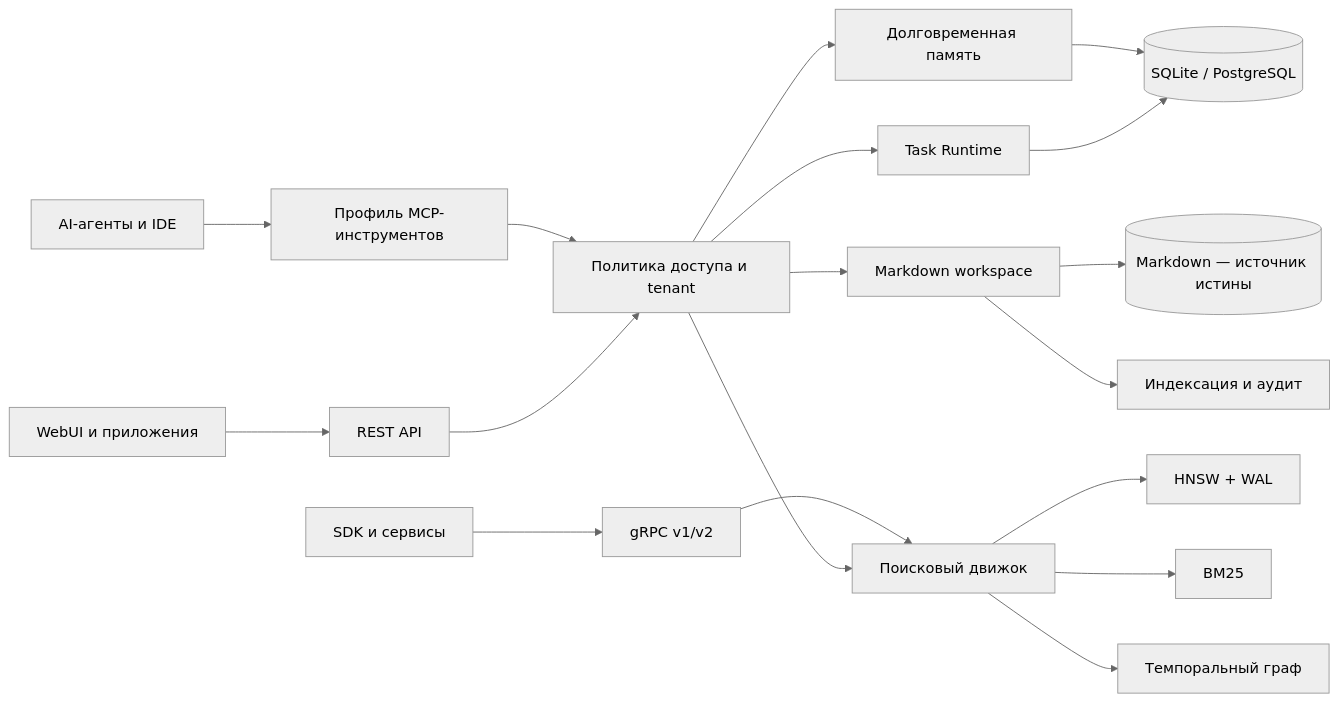
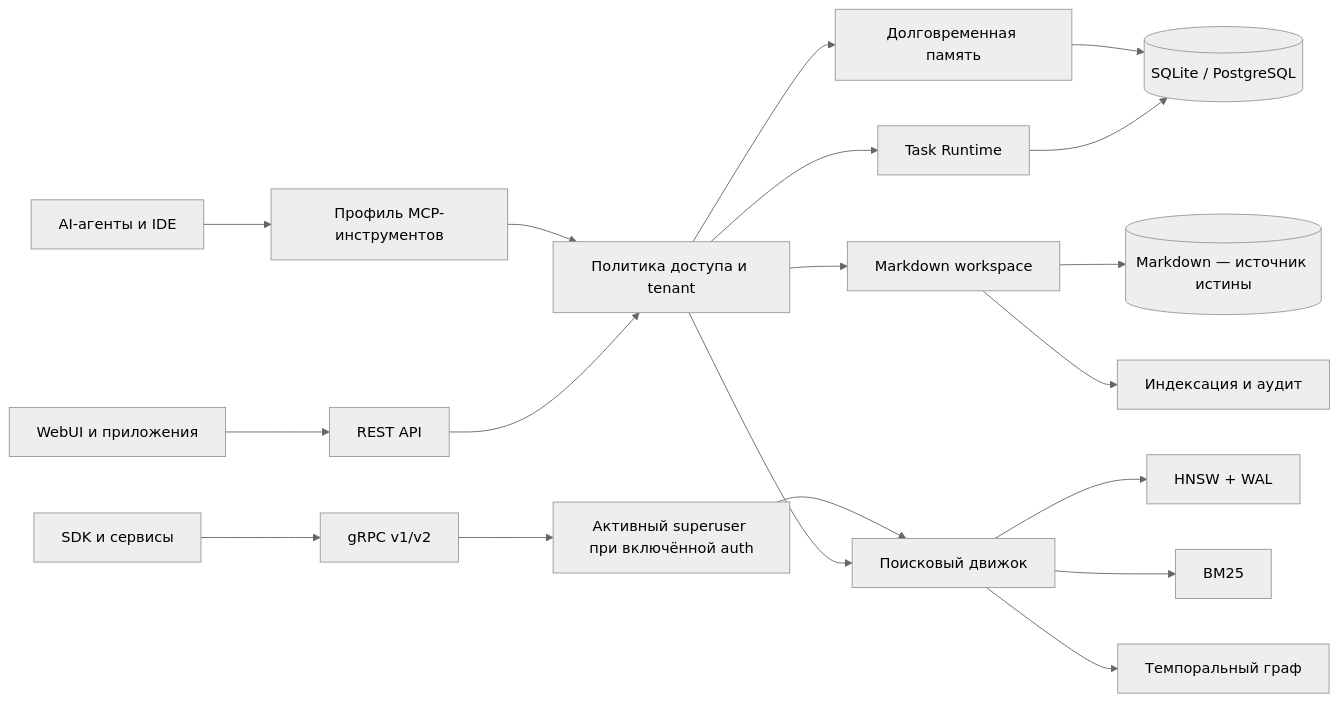
Before and after one commit to Stek0v/Levara: the diagram in README_RU.md, drawn with Mermaid (neutral theme). The commit also changed other lines of this file and 75 other files, not shown here.

````diff
--- a/README_RU.md
+++ b/README_RU.md
@@ -169,24 +182,25 @@
 ```mermaid
 flowchart LR
   Agents[AI-агенты и IDE] --> MCP[Профиль MCP-инструментов]
   WebUI[WebUI и приложения] --> REST[REST API]
   SDKs[SDK и сервисы] --> GRPC[gRPC v1/v2]
 
   MCP --> Policy[Политика доступа и tenant]
   REST --> Policy
-  GRPC --> Search[Поисковый движок]
+  GRPC --> Admin[Активный superuser при включённой auth]
+  Admin --> Search[Поисковый движок]
 
   Policy --> Memory[Долговременная память]
   Policy --> Workspace[Markdown workspace]
   Policy --> Tasks[Task Runtime]
   Policy --> Search
 
   Memory --> SQL[(SQLite / PostgreSQL)]
   Workspace --> Markdown[(Markdown — источник истины)]
   Workspace --> Jobs[Индексация и аудит]
   Tasks --> SQL
 
   Search --> HNSW[HNSW + WAL]
   Search --> BM25[BM25]
   Search --> Graph[Темпоральный граф]
 ```
````
